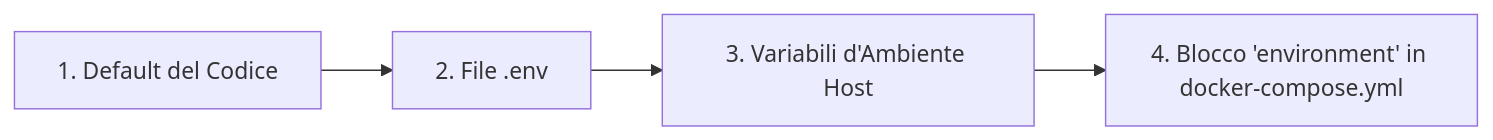
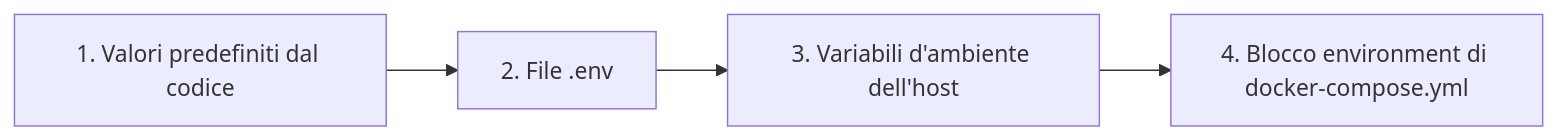
One commit to Librefolio/LibreFolio changed the diagram in mkdocs_src/docs/admin/docker_advanced.it.md. Above: the diagram before and after it, drawn with Mermaid. The commit also changed other lines of this file and 73 other files, not shown here.

````diff
--- a/mkdocs_src/docs/admin/docker_advanced.it.md
+++ b/mkdocs_src/docs/admin/docker_advanced.it.md
@@ -48,9 +68,9 @@
 ```mermaid
 graph LR
-    CodeDefaults[1. Default del Codice] --> EnvFile[2. File .env]
-    HostShell[3. Variabili d'Ambiente Host]
-    DockerCompose[4. Blocco 'environment' in docker-compose.yml]
+ CodeDefaults[1. Valori predefiniti dal codice] --> EnvFile[2. File .env]
+ HostShell[3. Variabili d'ambiente dell'host]
+ DockerCompose[4. Blocco environment di docker-compose.yml]
 
-    EnvFile --> HostShell
-    HostShell --> DockerCompose
+ EnvFile --> HostShell
+ HostShell --> DockerCompose
 ```
````
